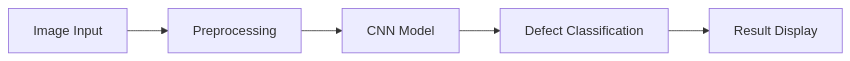
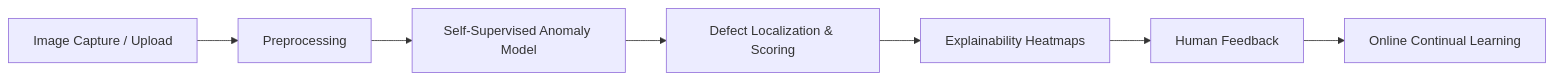
One commit to SamadritaM30/CaughtIn4K changed the diagram in README.md. Above: the diagram before and after it, drawn with Mermaid. The commit also changed other lines of this file, not shown here.

`````diff
--- a/README.md
+++ b/README.md
@@ -31,7 +53,9 @@
 ```mermaid
 graph LR
-A[Image Input] --> B[Preprocessing]
-B --> C[CNN Model]
-C --> D[Defect Classification]
-D --> E[Result Display]
-```
+A[Image Capture / Upload] --> B[Preprocessing]
+B --> C[Self-Supervised Anomaly Model]
+C --> D[Defect Localization & Scoring]
+D --> E[Explainability Heatmaps]
+E --> F[Human Feedback]
+F --> G[Online Continual Learning]
+````
`````
